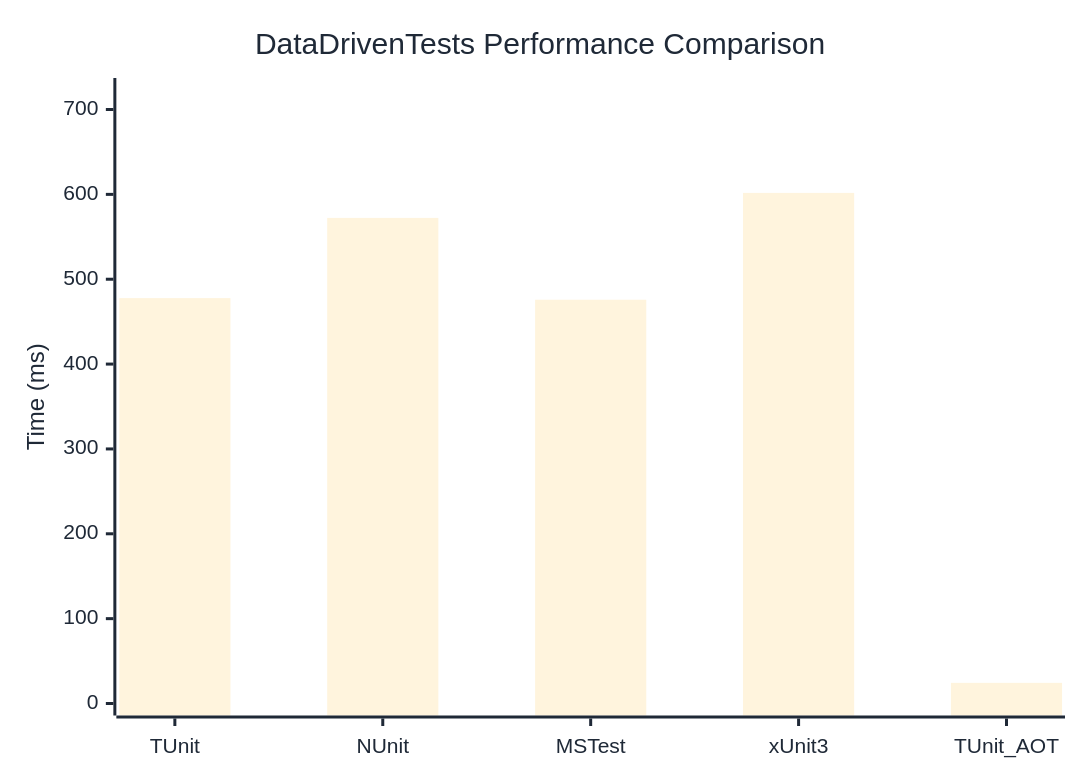
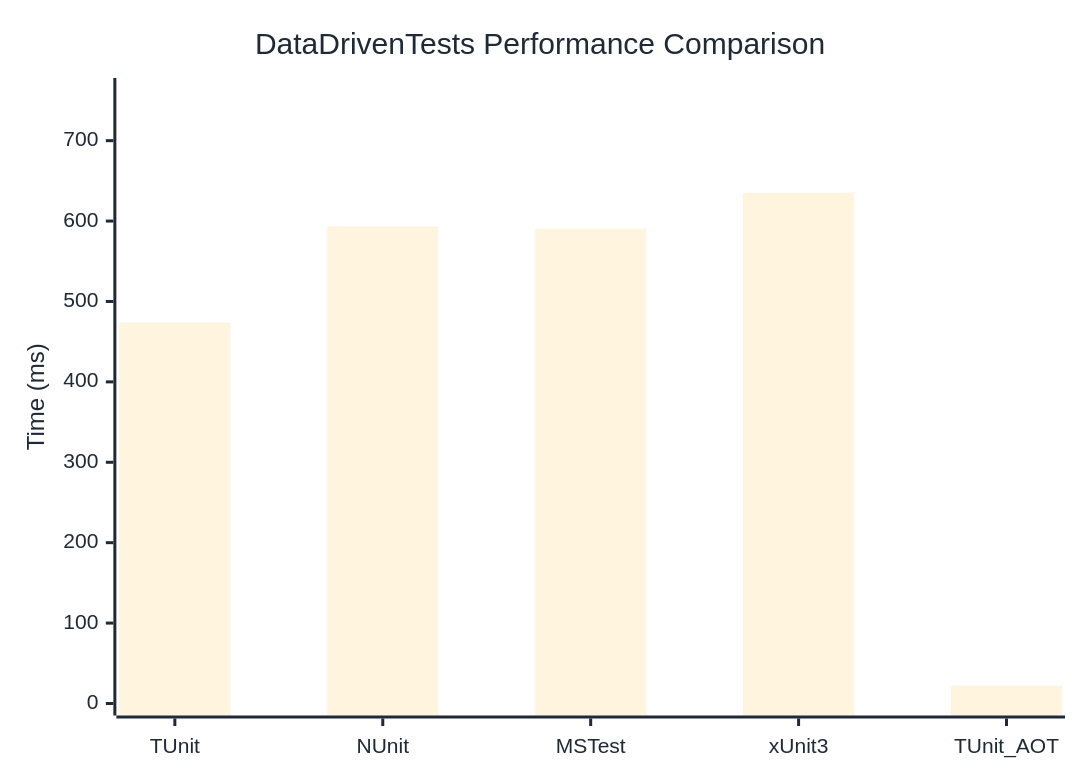
The diagram in docs/docs/benchmarks/DataDrivenTests.md (thomhurst/TUnit), drawn with Mermaid before and after one commit. The commit also changed other lines of this file and 17 other files, not shown here.

````diff
--- a/docs/docs/benchmarks/DataDrivenTests.md
+++ b/docs/docs/benchmarks/DataDrivenTests.md
@@ -27,37 +27,37 @@
 ```mermaid
 %%{init: {
   'theme':'base',
   'themeVariables': {
     'primaryColor': '#2563eb',
     'primaryTextColor': '#1f2937',
     'primaryBorderColor': '#1e40af',
     'lineColor': '#6b7280',
     'secondaryColor': '#7c3aed',
     'tertiaryColor': '#dc2626',
     'background': '#ffffff',
     'mainBkg': '#2563eb',
     'secondBkg': '#7c3aed',
     'tertiaryBkg': '#dc2626',
     'clusterBkg': '#f3f4f6',
     'edgeLabelBackground': '#ffffff',
     'tertiaryTextColor': '#1f2937',
     'pie1': '#2563eb',
     'pie2': '#7c3aed',
     'pie3': '#dc2626',
     'pie4': '#f59e0b',
     'pie5': '#10b981',
     'pie6': '#06b6d4',
     'pie7': '#ec4899',
     'pie8': '#6366f1',
     'pie9': '#84cc16',
     'pie10': '#f97316',
     'pie11': '#14b8a6',
     'pie12': '#a855f7'
   }
 }}%%
 xychart-beta
   title "DataDrivenTests Performance Comparison"
   x-axis ["TUnit", "NUnit", "MSTest", "xUnit3", "TUnit_AOT"]
-  y-axis "Time (ms)" 0 --> 723
-  bar [477.77, 572.28, 475.82, 601.72, 24.35]
+  y-axis "Time (ms)" 0 --> 763
+  bar [473.79, 593.3, 590.47, 635.06, 22.25]
 ```
````
